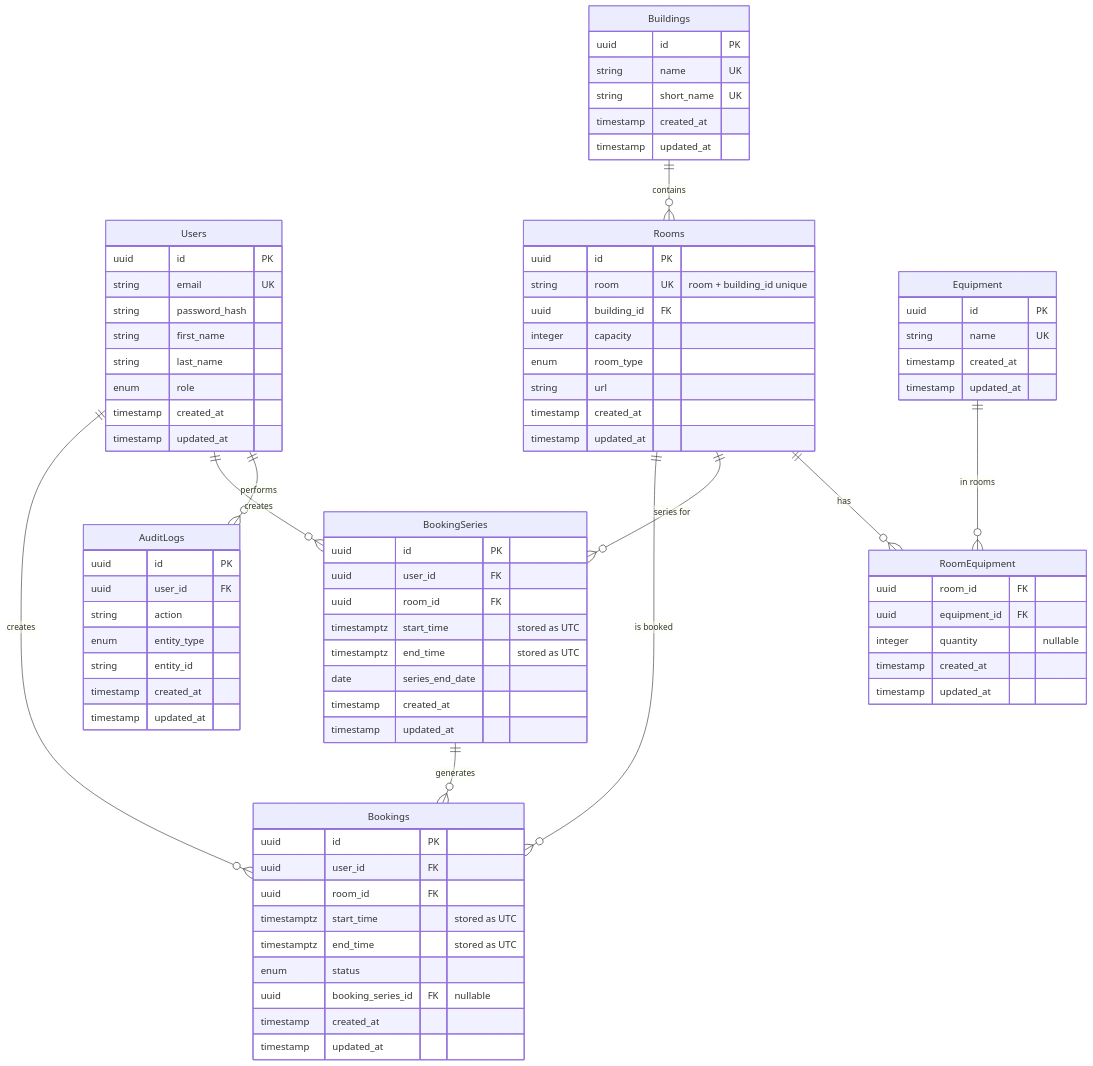
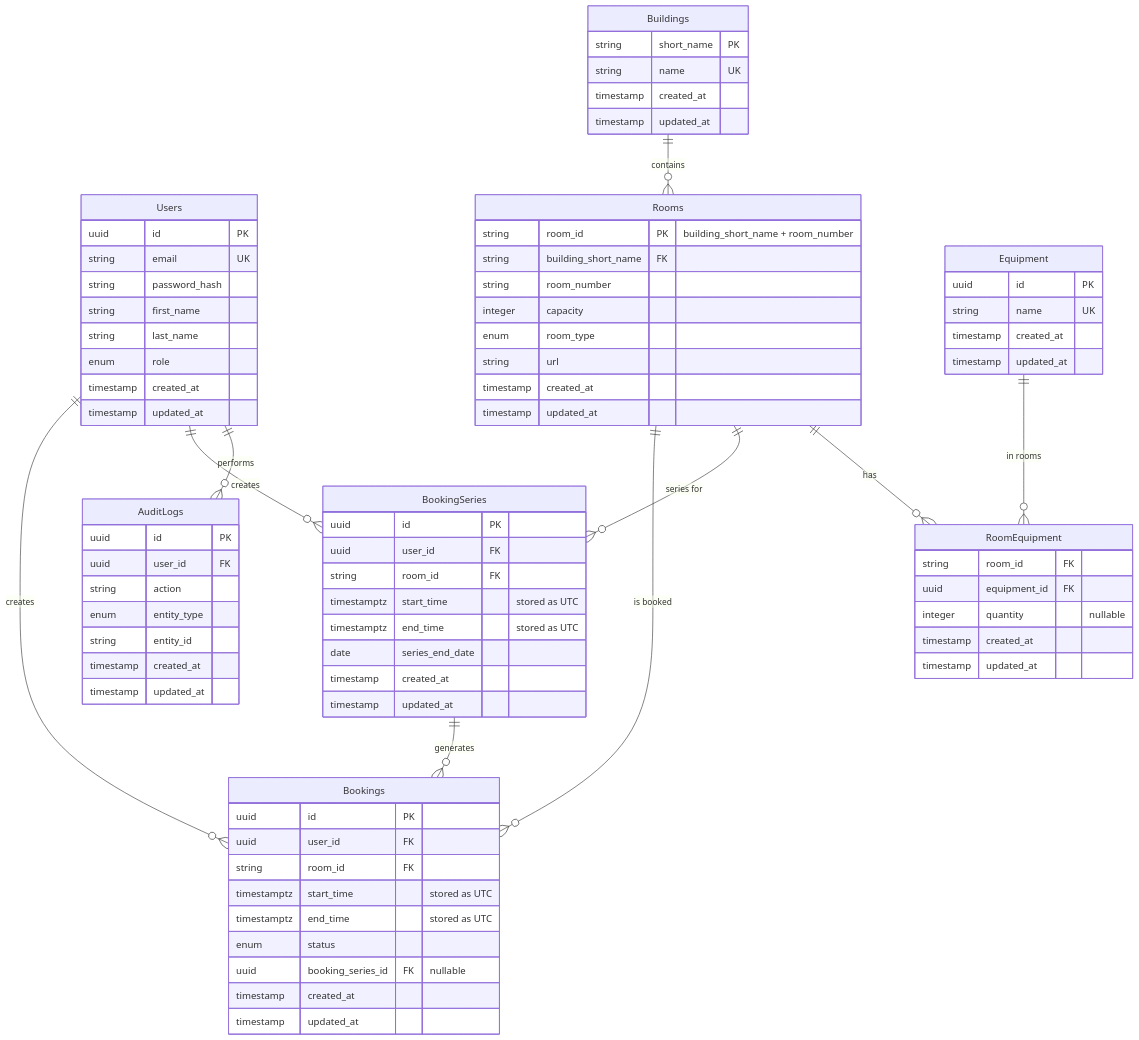
The diagram in docs/db/schema.md (eric-handley/seng-350), drawn with Mermaid before and after one commit. The commit also changed 21 other files, not shown here.

```diff
--- a/docs/db/schema.md
+++ b/docs/db/schema.md
@@ -12,17 +12,16 @@
     }
 
     Buildings {
-        uuid id PK
+        string short_name PK
         string name UK
-        string short_name UK
         timestamp created_at
         timestamp updated_at
     }
 
     Rooms {
-        uuid id PK
-        string room UK "room + building_id unique"
-        uuid building_id FK
+        string room_id PK "building_short_name + room_number"
+        string building_short_name FK
+        string room_number
         integer capacity
         enum room_type
         string url
@@ -38,7 +37,7 @@
     }
 
     RoomEquipment {
-        uuid room_id FK
+        string room_id FK
         uuid equipment_id FK
         integer quantity "nullable"
         timestamp created_at
@@ -48,7 +47,7 @@
     Bookings {
         uuid id PK
         uuid user_id FK
-        uuid room_id FK
+        string room_id FK
         timestamptz start_time "stored as UTC"
         timestamptz end_time "stored as UTC"
         enum status
@@ -60,7 +59,7 @@
     BookingSeries {
         uuid id PK
         uuid user_id FK
-        uuid room_id FK
+        string room_id FK
         timestamptz start_time "stored as UTC"
         timestamptz end_time "stored as UTC"
         date series_end_date
```
